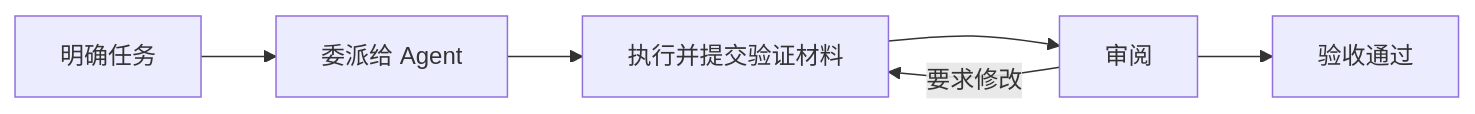
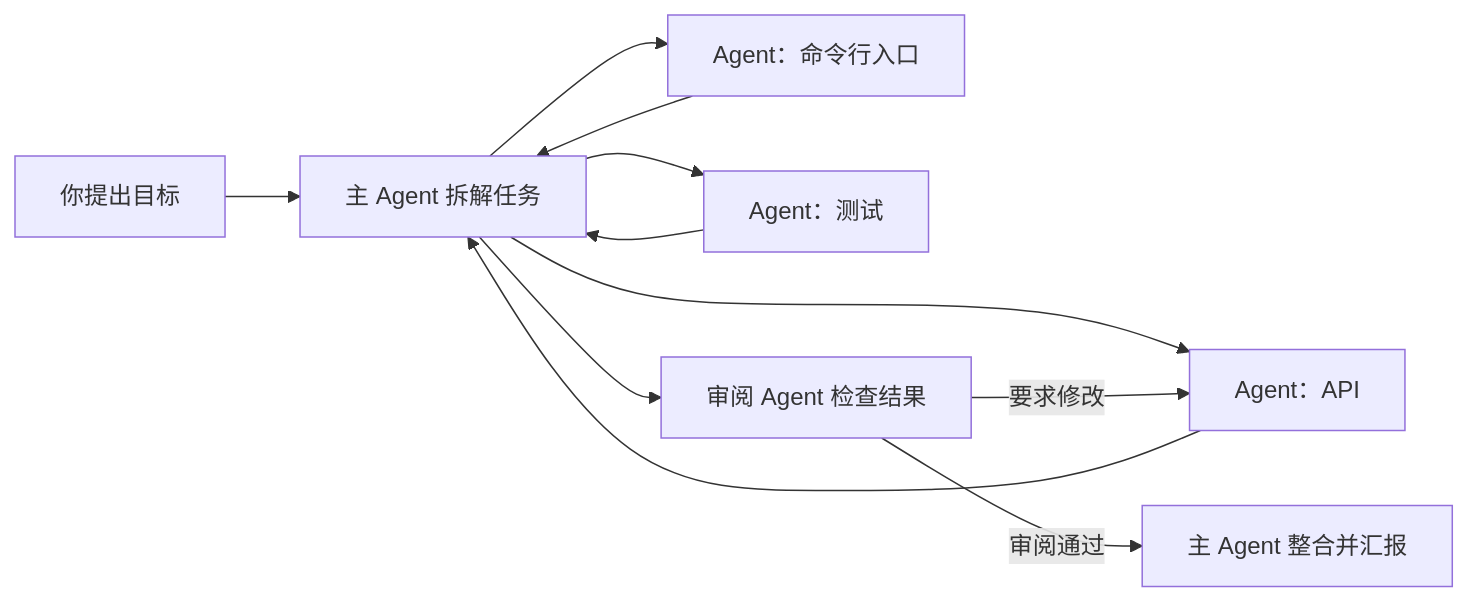
One commit to OthinusG/warp-lite changed the diagram in README.zh-CN.md. Above: the diagram before and after it, drawn with Mermaid. The commit also changed other lines of this file and 4 other files, not shown here.

````diff
--- a/README.zh-CN.md
+++ b/README.zh-CN.md
@@ -58,8 +49,13 @@
 ```mermaid
 flowchart LR
-    A[明确任务] --> B[委派给 Agent]
-    B --> C[执行并提交验证材料]
-    C --> D[审阅]
-    D --> E[验收通过]
-    D -->|要求修改| C
+    U[你提出目标] --> L[主 Agent 拆解任务]
+    L --> A[Agent：API]
+    L --> B[Agent：命令行入口]
+    L --> C[Agent：测试]
+    A --> L
+    B --> L
+    C --> L
+    L --> R[审阅 Agent 检查结果]
+    R -->|要求修改| A
+    R -->|审阅通过| F[主 Agent 整合并汇报]
 ```
````
